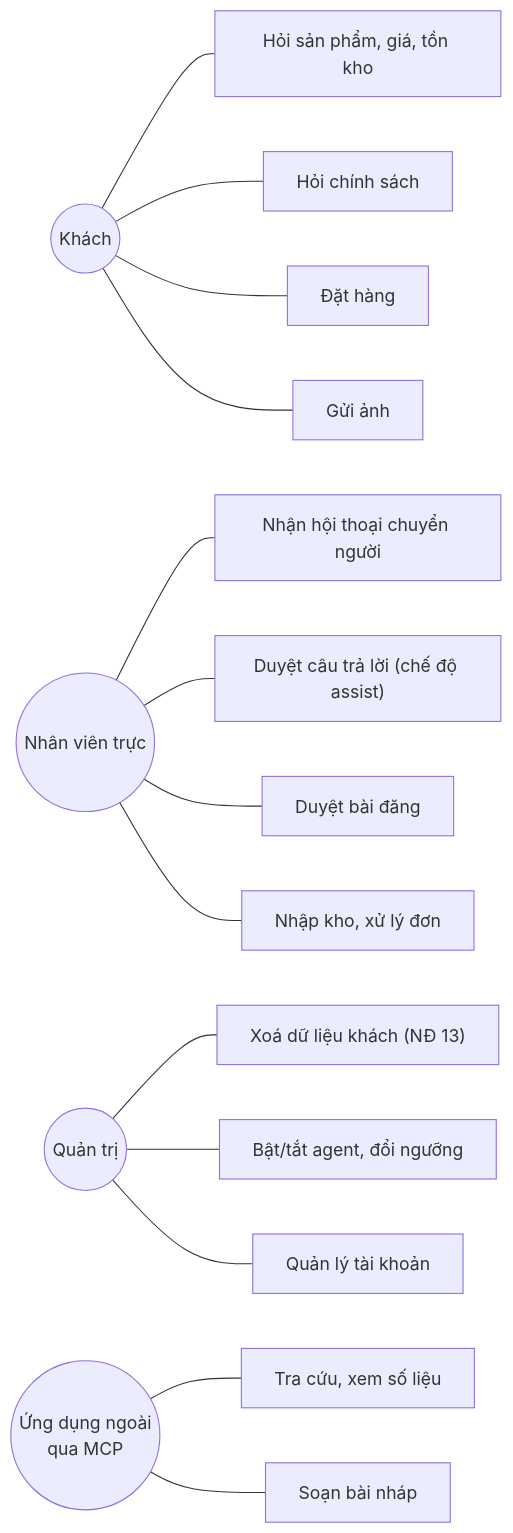
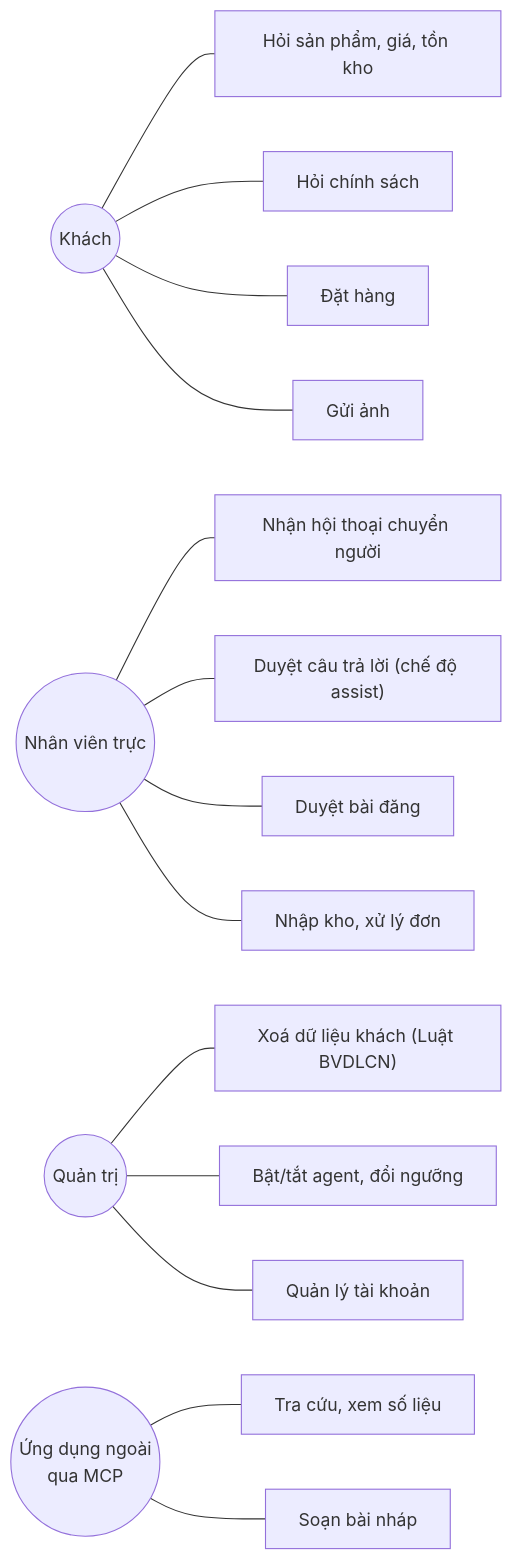
One commit to Harry-Kien/MarketingAgentDashboard changed the third of 4 diagrams in docs/kien-truc.md. Above: the diagram before and after it, drawn with Mermaid. The commit also changed other lines of this file and 24 other files, not shown here.

First line of the commit message:
Luật BVDLCN 91/2025 + NĐ 356/2025: sổ yêu cầu của khách có hạn luật định, đổi căn cứ, bản nháp hồ sơ

````diff
--- a/docs/kien-truc.md
+++ b/docs/kien-truc.md
@@ -100,24 +100,24 @@
 ```mermaid
 flowchart LR
     khach((Khách))
     nv((Nhân viên trực))
     qt((Quản trị))
     ngoai((Ứng dụng ngoài<br/>qua MCP))
 
     khach --- u1["Hỏi sản phẩm, giá, tồn kho"]
     khach --- u2["Hỏi chính sách"]
     khach --- u3["Đặt hàng"]
     khach --- u4["Gửi ảnh"]
 
     nv --- u5["Nhận hội thoại chuyển người"]
     nv --- u6["Duyệt câu trả lời (chế độ assist)"]
     nv --- u7["Duyệt bài đăng"]
     nv --- u8["Nhập kho, xử lý đơn"]
 
-    qt --- u9["Xoá dữ liệu khách (NĐ 13)"]
+    qt --- u9["Xoá dữ liệu khách (Luật BVDLCN)"]
     qt --- u10["Bật/tắt agent, đổi ngưỡng"]
     qt --- u11["Quản lý tài khoản"]
 
     ngoai --- u12["Tra cứu, xem số liệu"]
     ngoai --- u13["Soạn bài nháp"]
 ```
````
